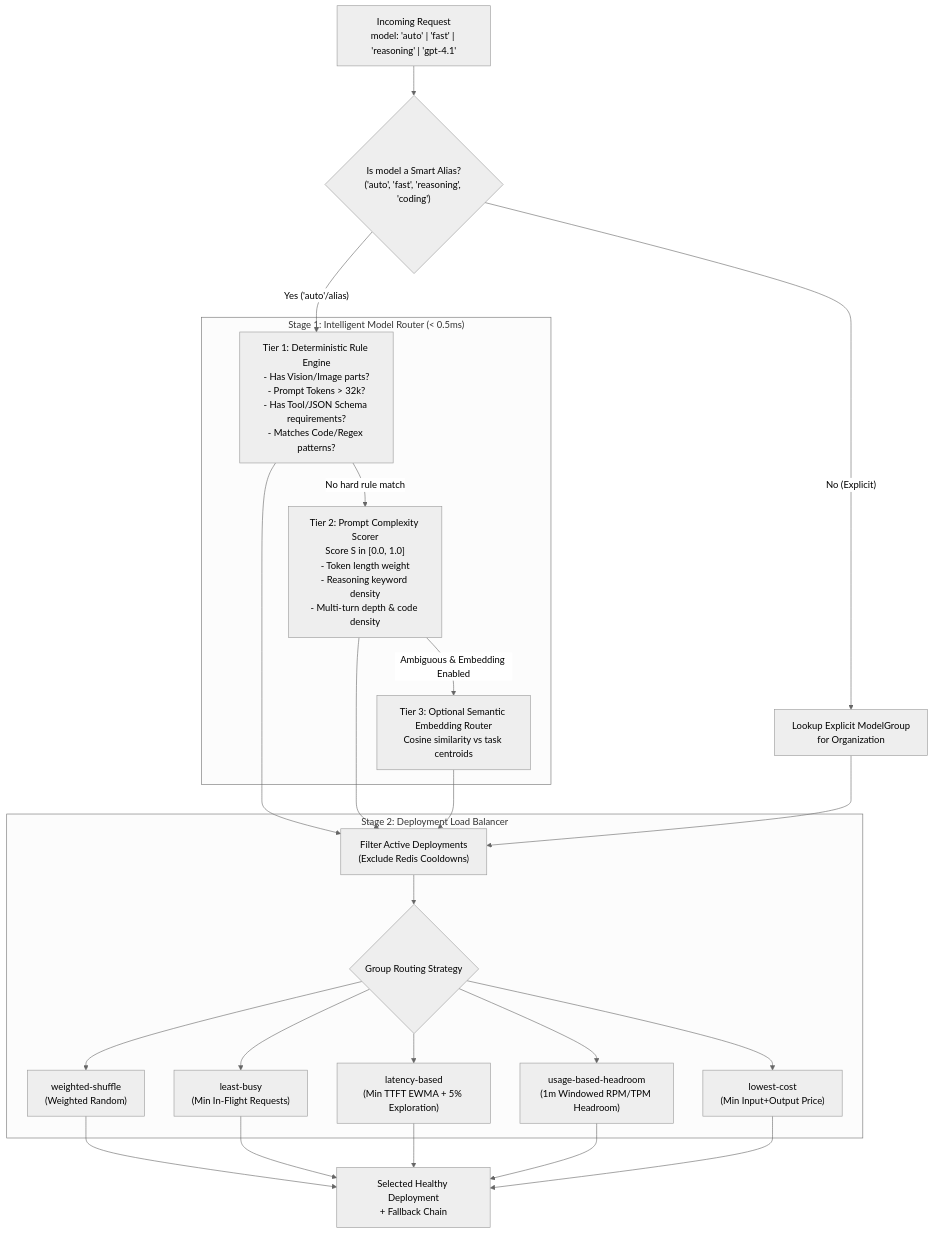
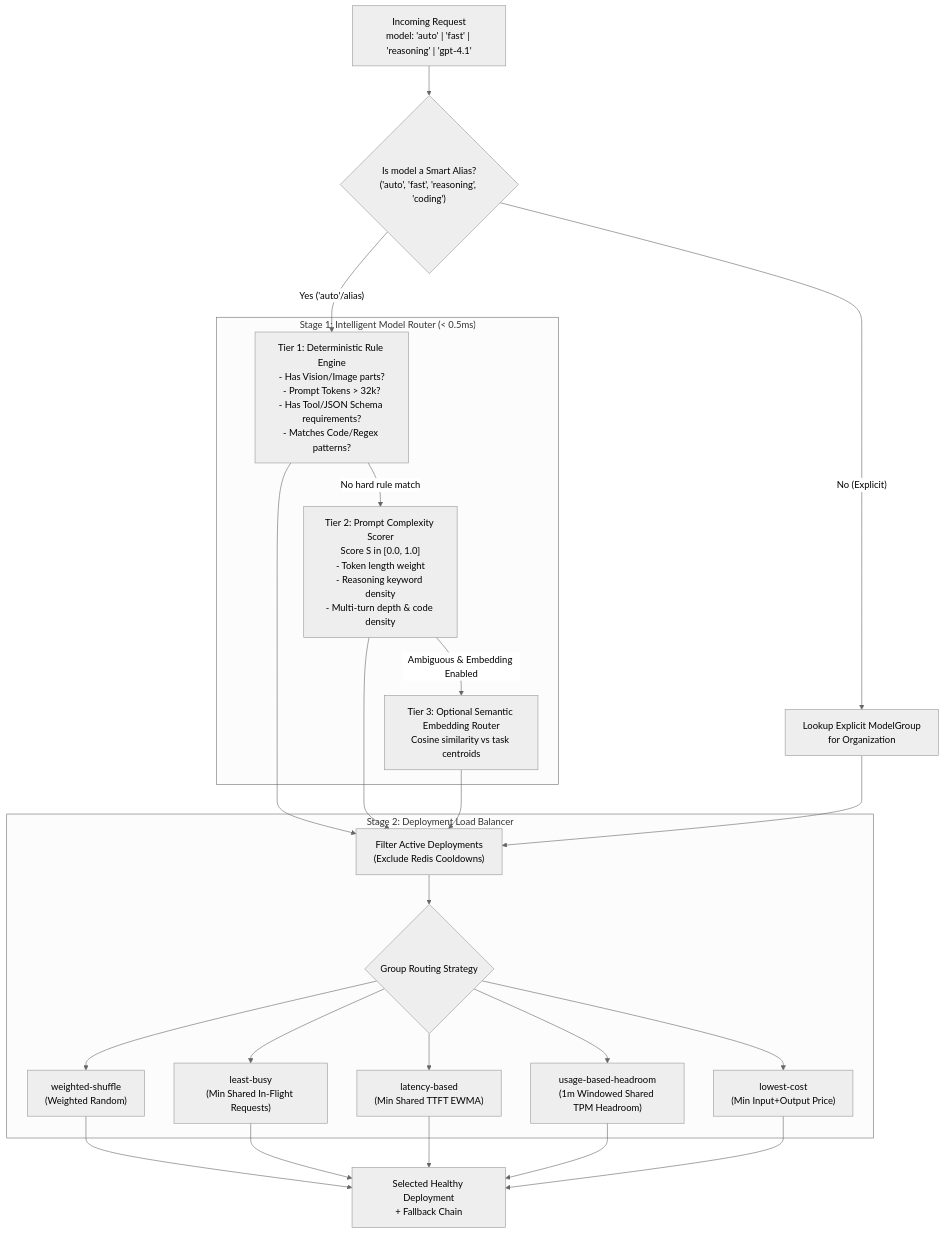
One commit to goroute-ai/ai-gateway-go changed the third of 6 diagrams in docs/ARCHITECTURE.md. Above: the diagram before and after it, drawn with Mermaid (neutral theme). The commit also changed other lines of this file and 6 other files, not shown here.

````diff
--- a/docs/ARCHITECTURE.md
+++ b/docs/ARCHITECTURE.md
@@ -367,34 +367,34 @@
 ```mermaid
 flowchart TD
     Req["Incoming Request\nmodel: 'auto' | 'fast' | 'reasoning' | 'gpt-4.1'"]
     CheckAlias{"Is model a Smart Alias?\n('auto', 'fast', 'reasoning', 'coding')"}
     ExplicitGroup["Lookup Explicit ModelGroup\nfor Organization"]
 
     subgraph Stage1["Stage 1: Intelligent Model Router (< 0.5ms)"]
         RuleEngine["Tier 1: Deterministic Rule Engine\n- Has Vision/Image parts?\n- Prompt Tokens > 32k?\n- Has Tool/JSON Schema requirements?\n- Matches Code/Regex patterns?"]
         Complexity["Tier 2: Prompt Complexity Scorer\nScore S in [0.0, 1.0]\n- Token length weight\n- Reasoning keyword density\n- Multi-turn depth & code density"]
         EmbedRouter["Tier 3: Optional Semantic Embedding Router\nCosine similarity vs task centroids"]
     end
 
     subgraph Stage2["Stage 2: Deployment Load Balancer"]
         FilterHealthy["Filter Active Deployments\n(Exclude Redis Cooldowns)"]
         Strategy{"Group Routing Strategy"}
         Weighted["weighted-shuffle\n(Weighted Random)"]
-        LeastBusy["least-busy\n(Min In-Flight Requests)"]
-        Latency["latency-based\n(Min TTFT EWMA + 5% Exploration)"]
-        Headroom["usage-based-headroom\n(1m Windowed RPM/TPM Headroom)"]
+        LeastBusy["least-busy\n(Min Shared In-Flight Requests)"]
+        Latency["latency-based\n(Min Shared TTFT EWMA)"]
+        Headroom["usage-based-headroom\n(1m Windowed Shared TPM Headroom)"]
         LowestCost["lowest-cost\n(Min Input+Output Price)"]
     end
 
     Selected["Selected Healthy Deployment\n+ Fallback Chain"]
 
     Req --> CheckAlias
     CheckAlias -->|"No (Explicit)"| ExplicitGroup
     CheckAlias -->|"Yes ('auto'/alias)"| RuleEngine
     RuleEngine -->|"No hard rule match"| Complexity
     Complexity -->|"Ambiguous & Embedding Enabled"| EmbedRouter
     RuleEngine & Complexity & EmbedRouter & ExplicitGroup --> FilterHealthy
     FilterHealthy --> Strategy
     Strategy --> Weighted & LeastBusy & Latency & Headroom & LowestCost
     Weighted & LeastBusy & Latency & Headroom & LowestCost --> Selected
 ```
````
